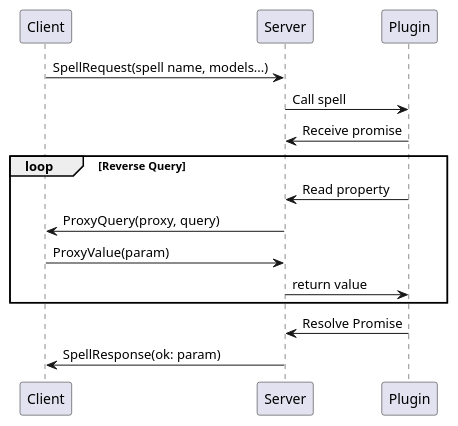
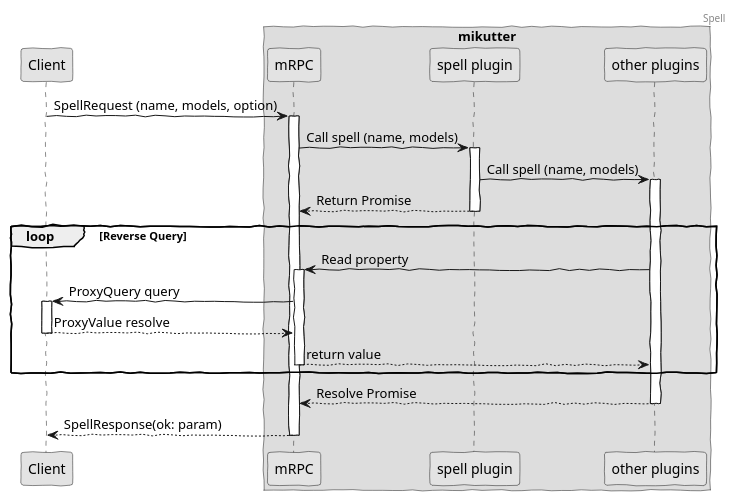
The diagram in doc/spell.plantuml (toshia/mrpc), drawn with PlantUML before and after one commit. The commit also changed 2 other files, not shown here.

```diff
--- a/doc/spell.plantuml
+++ b/doc/spell.plantuml
@@ -1,15 +1,34 @@
 @startuml
-Client -> Server: SpellRequest(spell name, models...)
-Server -> Plugin: Call spell
-Plugin -> Server: Receive promise
+header Spell
+skinparam handwritten true
+skinparam monochrome true
 
-loop Reverse Query
-  Plugin -> Server: Read property
-  Server -> Client: ProxyQuery(proxy, query)
-  Client -> Server: ProxyValue(param)
-  Server -> Plugin: return value
-end
+participant Client
 
-Plugin -> Server: Resolve Promise
-Server -> Client: SpellResponse(ok: param)
+box "mikutter"
+  participant mRPC as mrpc
+  /'participant Pluggaloid'/
+  participant "spell plugin" as Spell
+  participant "other plugins" as Other
+end box
+
+Client -> mrpc ++: SpellRequest (name, models, option)
+mrpc -> Spell: Call spell (name, models)
+activate Spell
+  Spell -> Other: Call spell (name, models)
+  activate Other
+    Spell --> mrpc: Return Promise
+  deactivate Spell
+
+  loop Reverse Query
+    Other -> mrpc ++: Read property
+    mrpc -> Client ++: ProxyQuery query
+    return ProxyValue resolve
+    return return value
+  end
+
+  Other --> mrpc: Resolve Promise
+deactivate Other
+
+return SpellResponse(ok: param)
 @enduml
```
